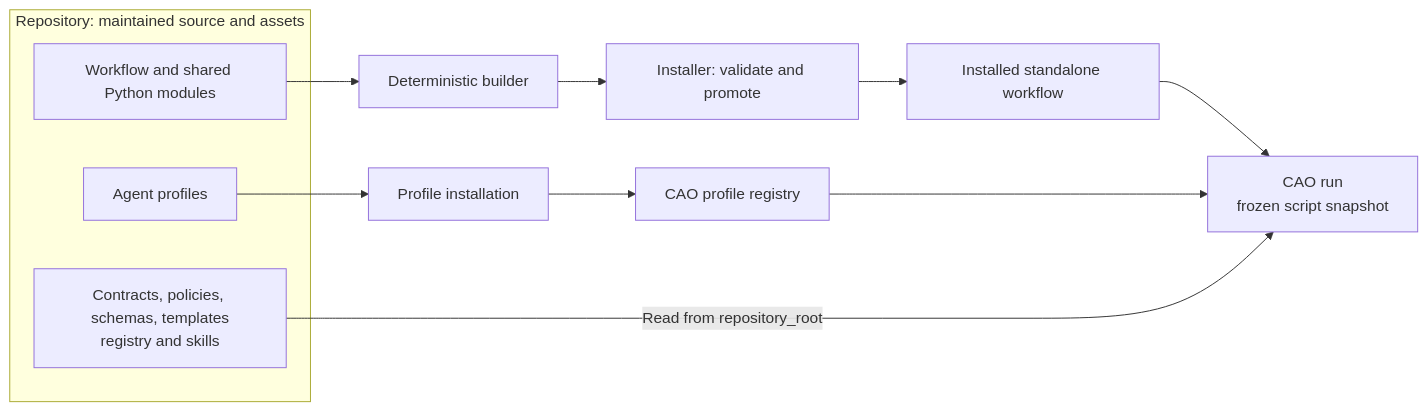
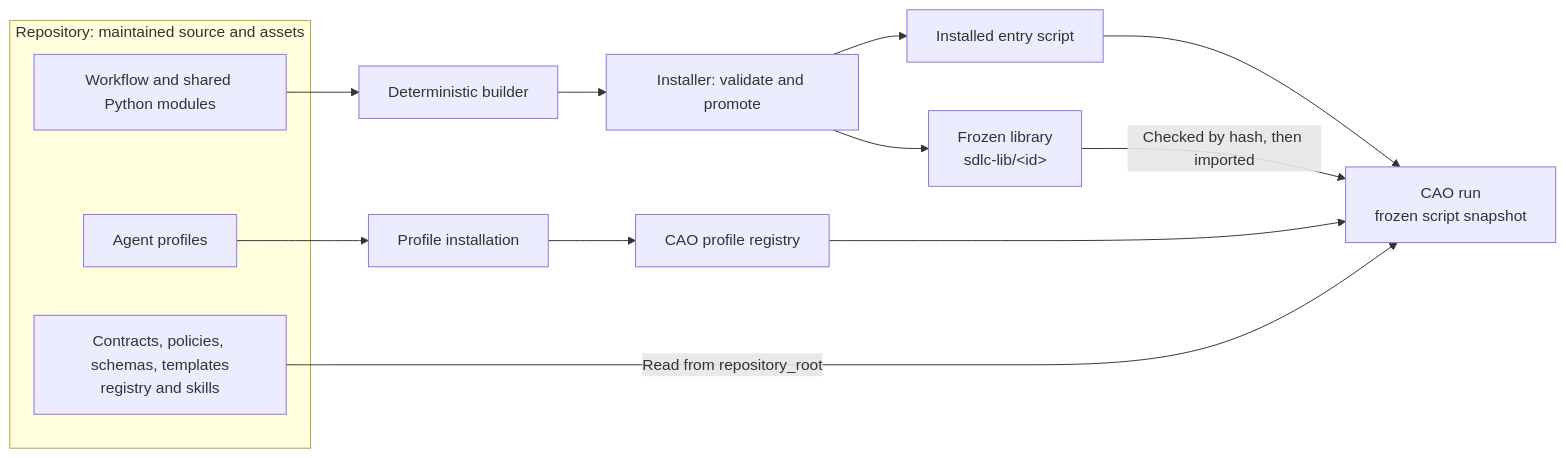
Before and after one commit to somr/awscao_agenticwflw: the sixth of 6 diagrams in agentic-sdlc-docs/architecture.md, drawn with Mermaid. The commit also changed other lines of this file and 6 other files, not shown here.

Commit message:
Describe the frozen workflow library in the guides; defer moving prompts to files

````diff
--- a/agentic-sdlc-docs/architecture.md
+++ b/agentic-sdlc-docs/architecture.md
@@ -186,16 +186,18 @@
 ```mermaid
 flowchart LR
     subgraph REPO["Repository: maintained source and assets"]
         CODE["Workflow and shared Python modules"]
         PROFILES["Agent profiles"]
         ASSETS["Contracts, policies, schemas, templates<br/>registry and skills"]
     end
     CODE --> BUILD["Deterministic builder"]
     BUILD --> INSTALL["Installer: validate and promote"]
-    INSTALL --> BUNDLE["Installed standalone workflow"]
+    INSTALL --> LIB["Frozen library<br/>sdlc-lib/&lt;id&gt;"]
+    INSTALL --> ENTRY["Installed entry script"]
     PROFILES --> PI["Profile installation"]
     PI --> CP["CAO profile registry"]
-    BUNDLE --> RUN["CAO run<br/>frozen script snapshot"]
+    ENTRY --> RUN["CAO run<br/>frozen script snapshot"]
+    LIB -->|Checked by hash, then imported| RUN
     CP --> RUN
     ASSETS -->|Read from repository_root| RUN
 ```
````
